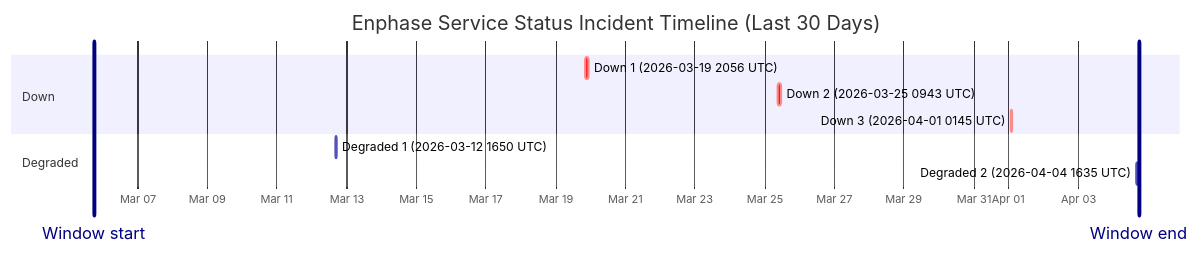
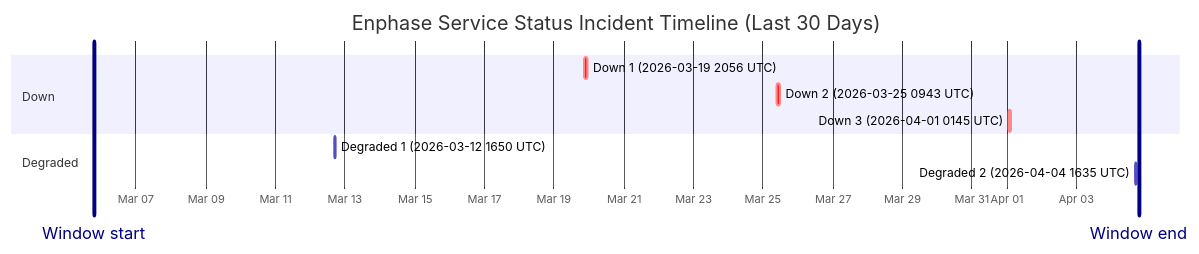
Before and after one commit to barneyonline/ha-enphase-ev-charger: the diagram in wiki/Service-Status-History.md, drawn with Mermaid. The commit also changed other lines of this file and 3 other files, not shown here.

````diff
--- a/wiki/Service-Status-History.md
+++ b/wiki/Service-Status-History.md
@@ -14,15 +14,15 @@
 ```mermaid
 gantt
     title Enphase Service Status Incident Timeline (Last 30 Days)
     dateFormat  YYYY-MM-DDTHH:mm:ss
     axisFormat  %b %d
-    Window start :vert, window-start, 2026-03-05T17:58:34, 0ms
-    Window end :vert, window-end, 2026-04-04T17:58:34, 0ms
+    Window start :vert, window-start, 2026-03-05T18:55:51, 0ms
+    Window end :vert, window-end, 2026-04-04T18:55:51, 0ms
     section Down
     Down 1 (2026-03-19 2056 UTC) :crit, down-1, 2026-03-19T20:56:20, 145m
     Down 2 (2026-03-25 0943 UTC) :crit, down-2, 2026-03-25T09:43:28, 111m
     Down 3 (2026-04-01 0145 UTC) :crit, down-3, 2026-04-01T01:45:09, 60m
     section Degraded
     Degraded 1 (2026-03-12 1650 UTC) :active, degraded-1, 2026-03-12T16:50:43, 60m
     Degraded 2 (2026-04-04 1635 UTC) :active, degraded-2, 2026-04-04T16:35:17, 60m
 ```
````
